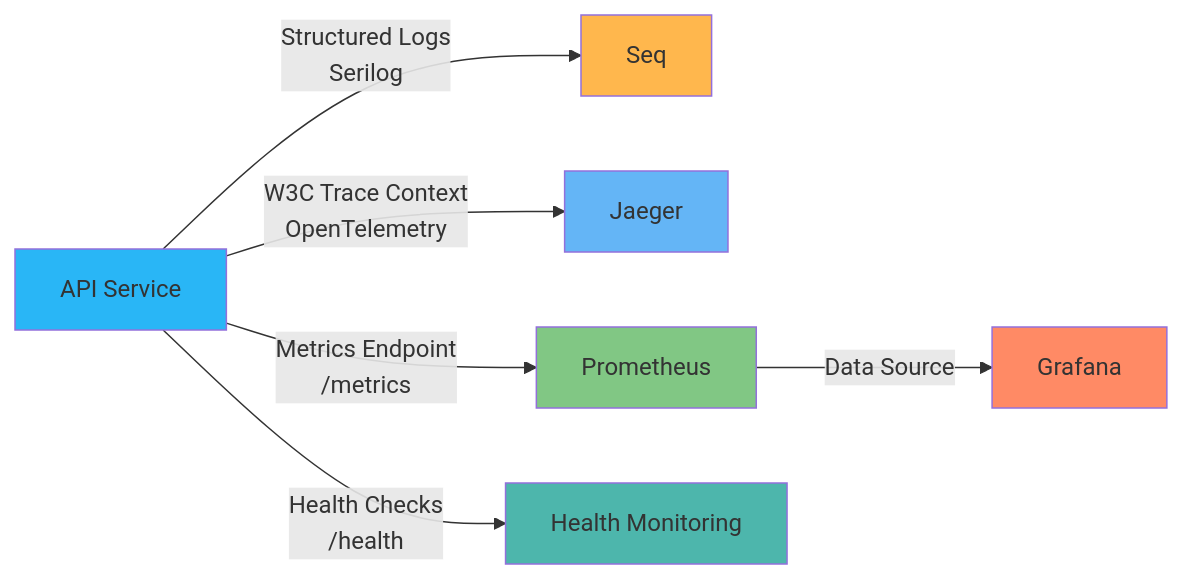
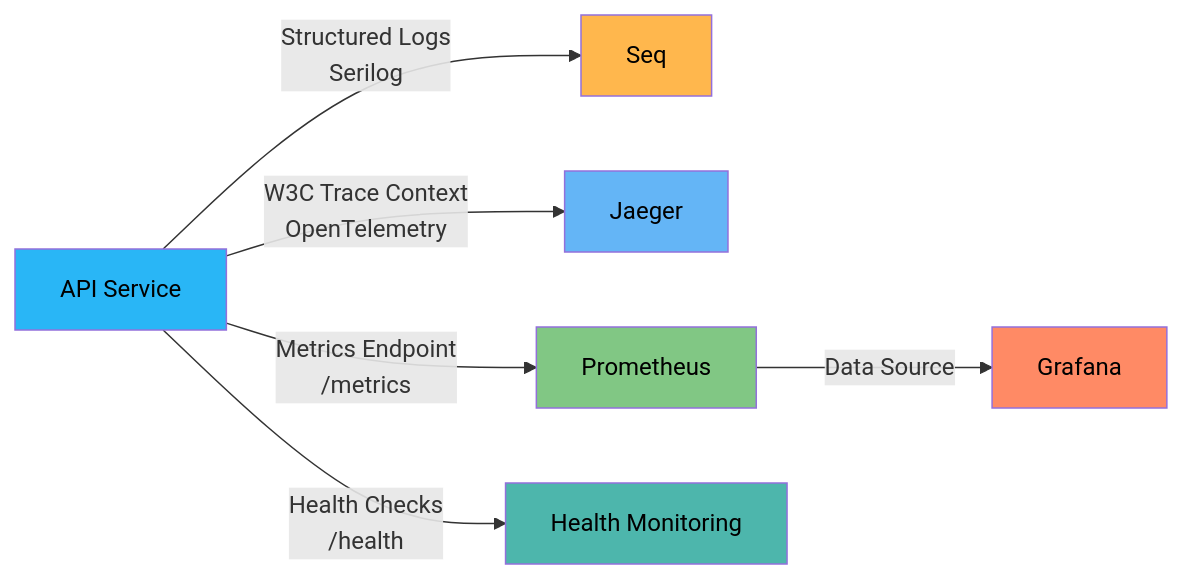
The second of 2 diagrams in docs/01-architecture/diagrams/infrastructure-overview.md (meepleAi-app/meepleai-monorepo), drawn with Mermaid before and after one commit. The commit also changed other lines of this file and 4 other files, not shown here.

First line of the commit message:
docs: Aggiunto testo nero a tutti i diagrammi Mermaid

````diff
--- a/docs/01-architecture/diagrams/infrastructure-overview.md
+++ b/docs/01-architecture/diagrams/infrastructure-overview.md
@@ -149,18 +149,18 @@
 ```mermaid
 graph LR
     API[API Service]
 
     API -->|Structured Logs<br/>Serilog| Seq[Seq]
     API -->|W3C Trace Context<br/>OpenTelemetry| Jaeger[Jaeger]
     API -->|Metrics Endpoint<br/>/metrics| Prometheus[Prometheus]
     Prometheus -->|Data Source| Grafana[Grafana]
 
     API -->|Health Checks<br/>/health| Monitor[Health Monitoring]
 
-    style API fill:#29b6f6
-    style Seq fill:#ffb74d
-    style Jaeger fill:#64b5f6
-    style Prometheus fill:#81c784
-    style Grafana fill:#ff8a65
-    style Monitor fill:#4db6ac
+    style API fill:#29b6f6,color:#000
+    style Seq fill:#ffb74d,color:#000
+    style Jaeger fill:#64b5f6,color:#000
+    style Prometheus fill:#81c784,color:#000
+    style Grafana fill:#ff8a65,color:#000
+    style Monitor fill:#4db6ac,color:#000
 ```
````
